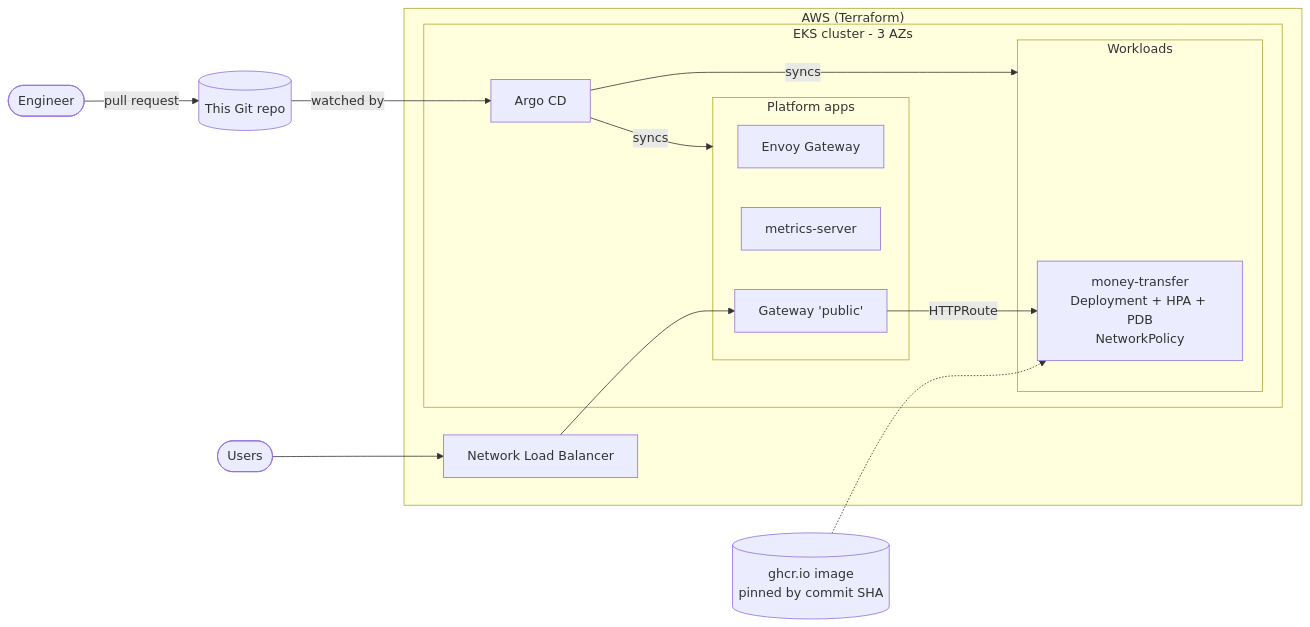
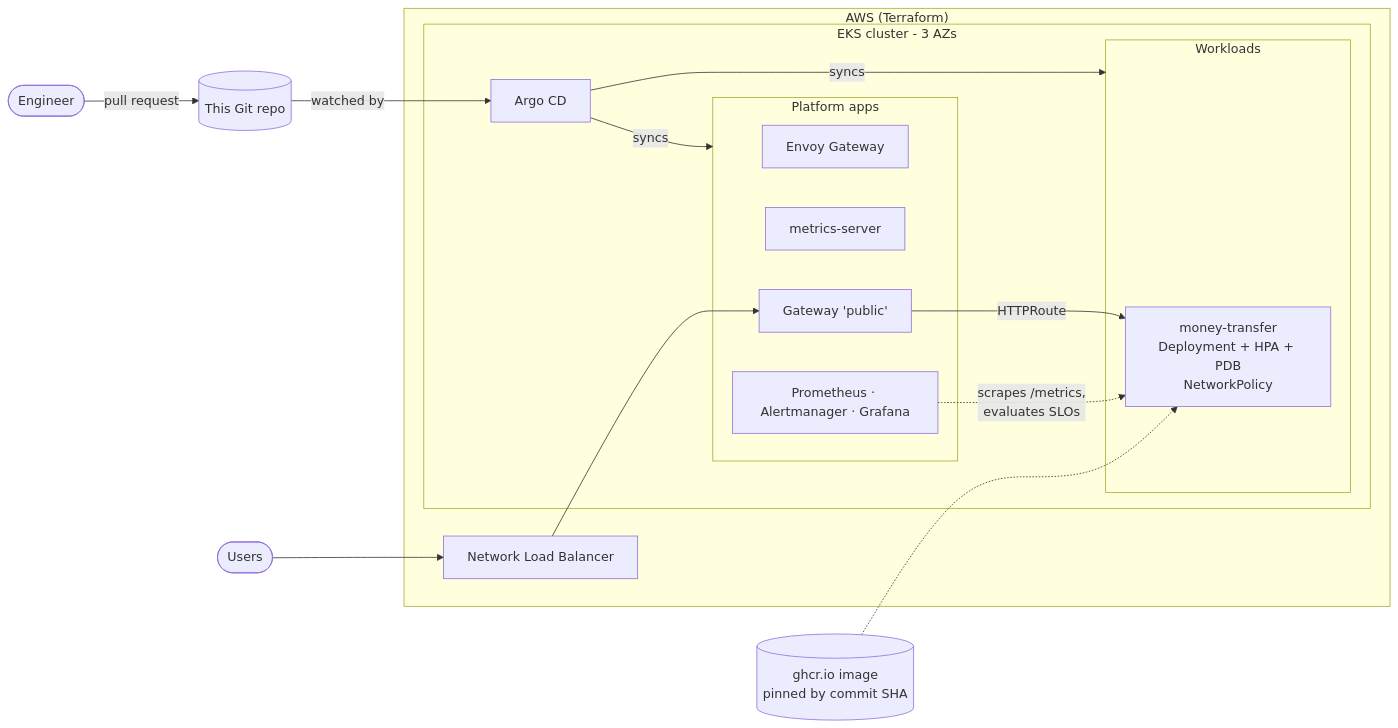
One commit to dami-wasabi/eks-gitops-platform changed the diagram in README.md. Above: the diagram before and after it, drawn with Mermaid. The commit also changed other lines of this file and 17 other files, not shown here.

First line of the commit message:
Add Prometheus, Grafana and SLO burn-rate alerting

````diff
--- a/README.md
+++ b/README.md
@@ -14,25 +14,27 @@
 ```mermaid
 flowchart LR
     dev([Engineer]) -->|pull request| repo[(This Git repo)]
 
     subgraph aws["AWS (Terraform)"]
         subgraph eks["EKS cluster - 3 AZs"]
             argocd[Argo CD]
             subgraph platform["Platform apps"]
                 eg[Envoy Gateway]
                 ms[metrics-server]
                 gw[Gateway 'public']
+                kps[Prometheus · Alertmanager · Grafana]
             end
             subgraph apps["Workloads"]
                 mt[money-transfer<br/>Deployment + HPA + PDB<br/>NetworkPolicy]
             end
         end
         nlb[Network Load Balancer]
     end
 
     repo -->|watched by| argocd
     argocd -->|syncs| platform
     argocd -->|syncs| apps
     users([Users]) --> nlb --> gw -->|HTTPRoute| mt
     ghcr[(ghcr.io image<br/>pinned by commit SHA)] -.-> mt
+    kps -.->|scrapes /metrics,<br/>evaluates SLOs| mt
 ```
````
